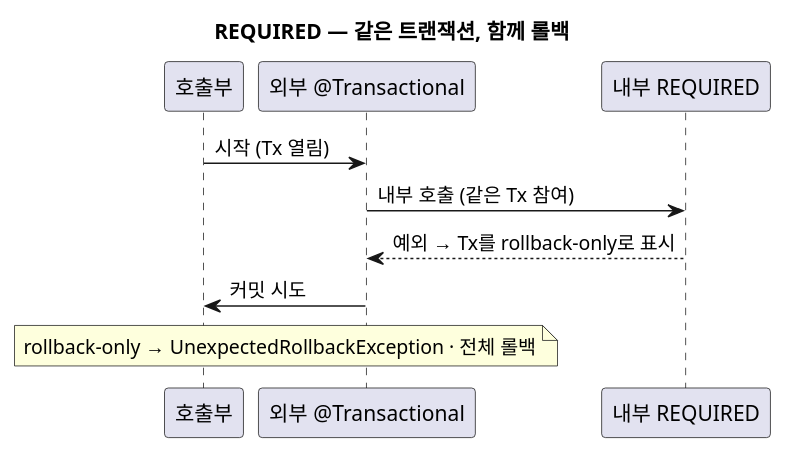
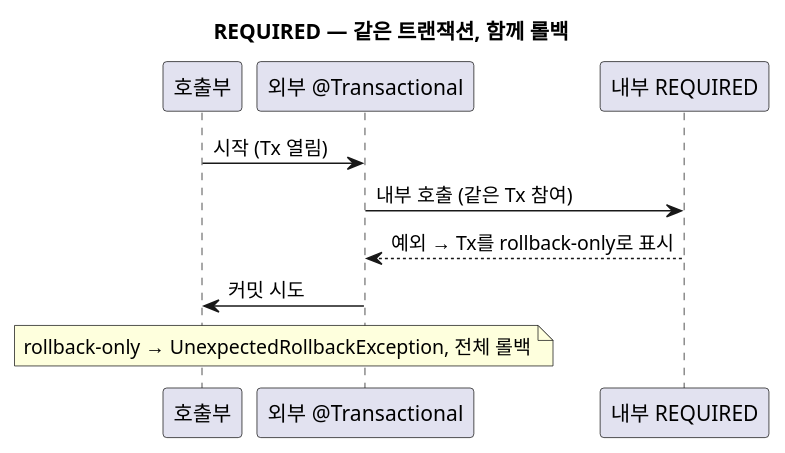
One commit to johnycho/johny-dev changed the second of 3 diagrams in blog/2026-09-23-spring-transaction-propagation.mdx. Above: the diagram before and after it, drawn with PlantUML. The commit also changed other lines of this file and 188 other files, not shown here.

````diff
--- a/blog/2026-09-23-spring-transaction-propagation.mdx
+++ b/blog/2026-09-23-spring-transaction-propagation.mdx
@@ -92,13 +92,13 @@
 ```plantuml
 @startuml
 title REQUIRED — 같은 트랜잭션, 함께 롤백
 participant "호출부" as C
 participant "외부 @Transactional" as O
 participant "내부 REQUIRED" as I
 C -> O : 시작 (Tx 열림)
 O -> I : 내부 호출 (같은 Tx 참여)
 I --> O : 예외 → Tx를 rollback-only로 표시
 O -> C : 커밋 시도
-note over C, O : rollback-only → UnexpectedRollbackException · 전체 롤백
+note over C, O : rollback-only → UnexpectedRollbackException, 전체 롤백
 @enduml
 ```
````
